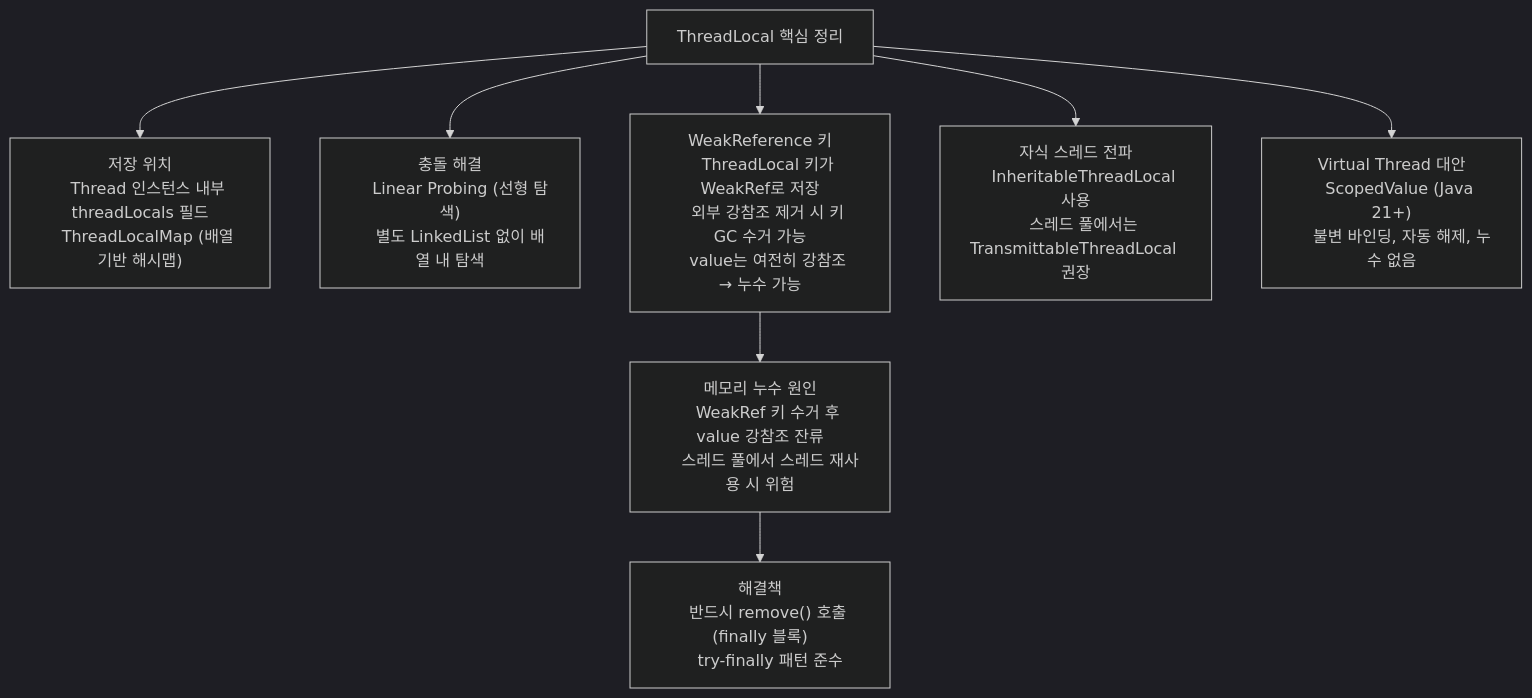
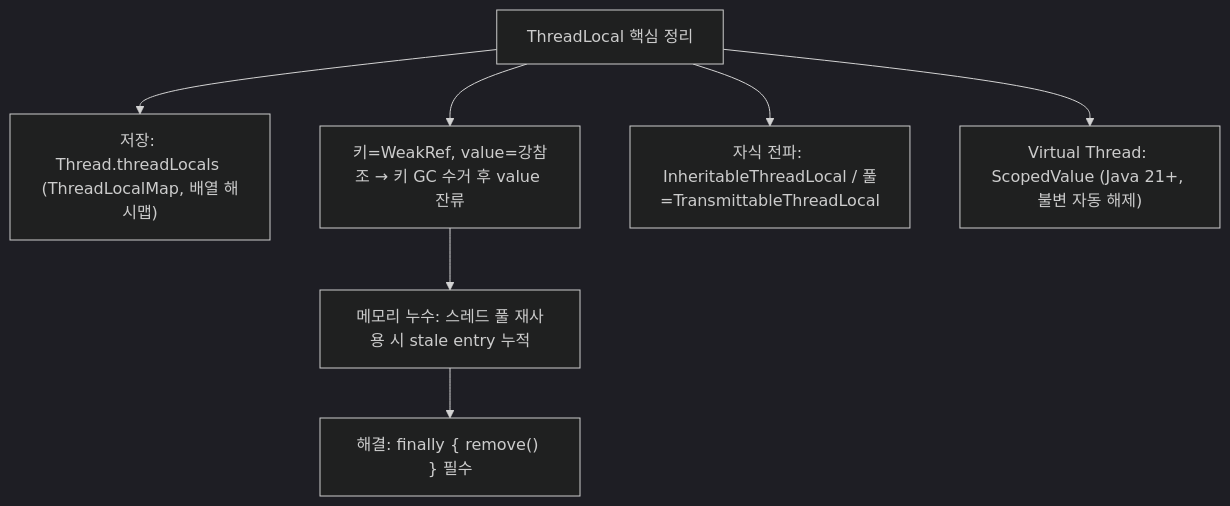
One commit to yjkim2015/yjkim2015.github.io changed the fifth of 5 diagrams in _posts/java/2026-05-01-java-threadlocal.md. Above: the diagram before and after it, drawn with Mermaid (dark theme). The commit also changed other lines of this file and 215 other files, not shown here.

First line of the commit message:
신규 포스트 10개 추가 + Mermaid 전면 축소 + SystemDesign 시리즈 보강

````diff
--- a/_posts/java/2026-05-01-java-threadlocal.md
+++ b/_posts/java/2026-05-01-java-threadlocal.md
@@ -758,41 +705,10 @@
 ```mermaid
 graph TD
     TL["ThreadLocal 핵심 정리"]
-
-    STORAGE["저장 위치
-    Thread 인스턴스 내부 threadLocals 필드
-    ThreadLocalMap (배열 기반 해시맵)"]
-
-    COLLISION["충돌 해결
-    Linear Probing (선형 탐색)
-    별도 LinkedList 없이 배열 내 탐색"]
-
-    WEAKREF["WeakReference 키
-    ThreadLocal 키가 WeakRef로 저장
-    외부 강참조 제거 시 키 GC 수거 가능
-    value는 여전히 강참조 → 누수 가능"]
-
-    LEAK["메모리 누수 원인
-    WeakRef 키 수거 후 value 강참조 잔류
-    스레드 풀에서 스레드 재사용 시 위험"]
-
-    FIX["해결책
-    반드시 remove() 호출 (finally 블록)
-    try-finally 패턴 준수"]
-
-    INHERIT["자식 스레드 전파
-    InheritableThreadLocal 사용
-    스레드 풀에서는 TransmittableThreadLocal 권장"]
-
-    VTHREAD["Virtual Thread 대안
-    ScopedValue (Java 21+)
-    불변 바인딩, 자동 해제, 누수 없음"]
-
-    TL --> STORAGE
-    TL --> COLLISION
-    TL --> WEAKREF
-    WEAKREF --> LEAK
-    LEAK --> FIX
-    TL --> INHERIT
-    TL --> VTHREAD
+    TL --> STORAGE["저장: Thread.threadLocals (ThreadLocalMap, 배열 해시맵)"]
+    TL --> WEAKREF["키=WeakRef, value=강참조 → 키 GC 수거 후 value 잔류"]
+    WEAKREF --> LEAK["메모리 누수: 스레드 풀 재사용 시 stale entry 누적"]
+    LEAK --> FIX["해결: finally { remove() } 필수"]
+    TL --> INHERIT["자식 전파: InheritableThreadLocal / 풀=TransmittableThreadLocal"]
+    TL --> VTHREAD["Virtual Thread: ScopedValue (Java 21+, 불변 자동 해제)"]
 ```
````
